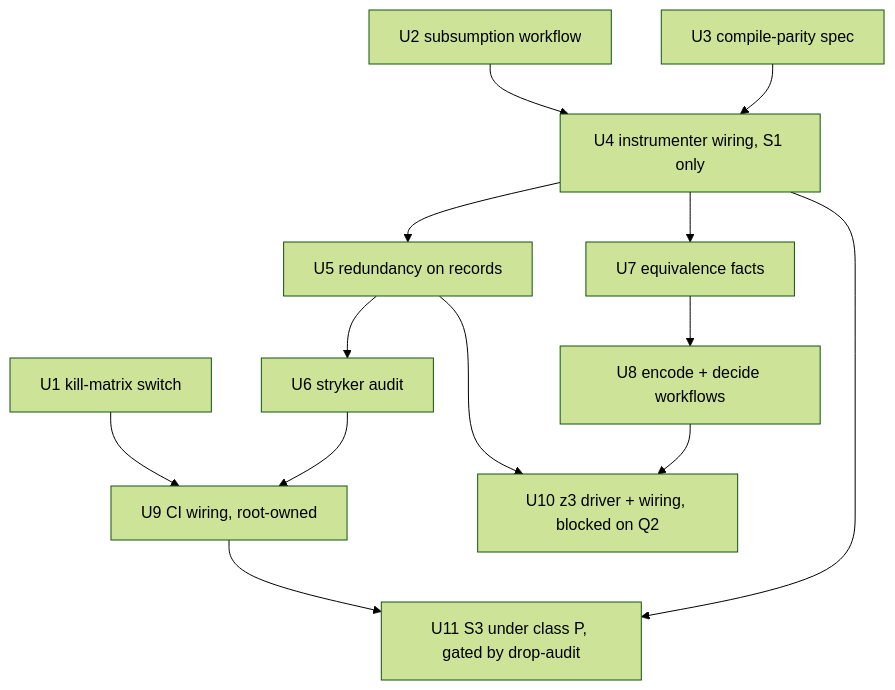
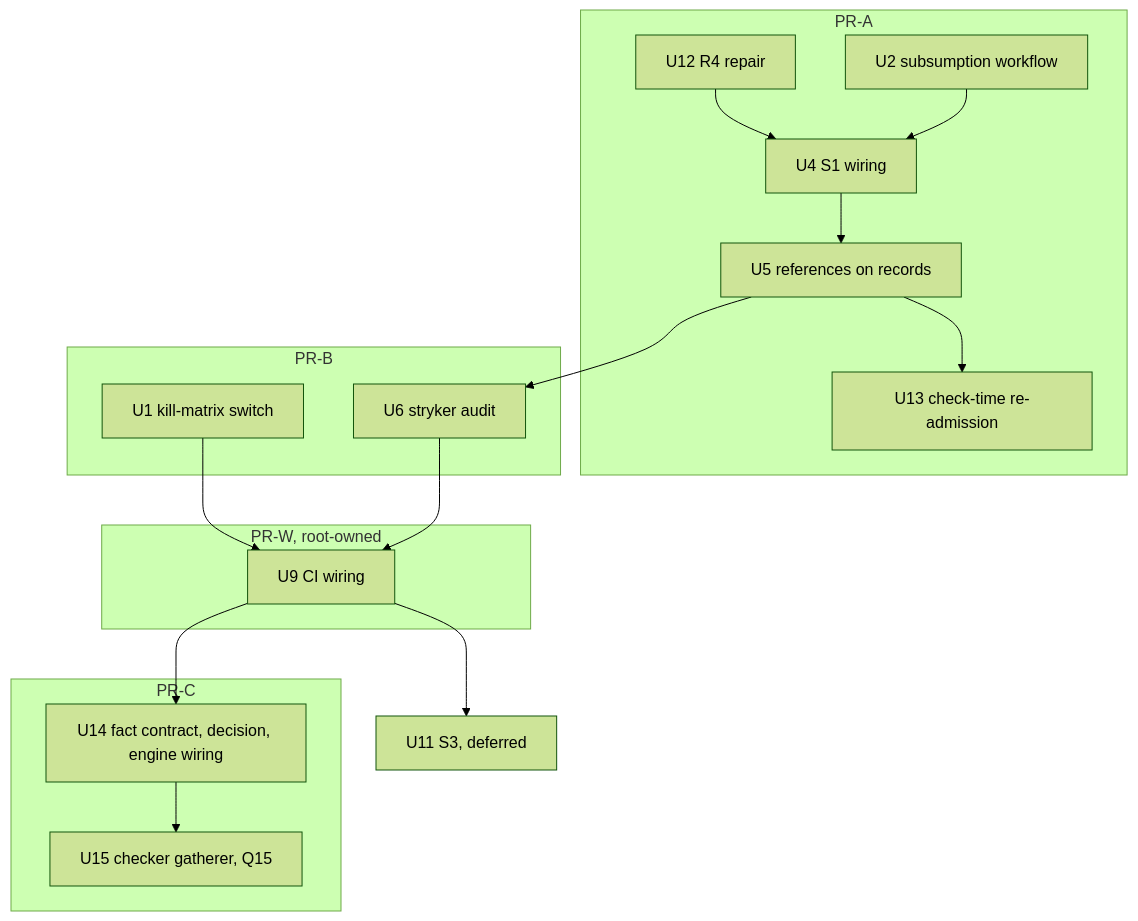
The third of 3 diagrams in docs/plans/2026-10-09-2024-feat-mutant-subsumption-plan.md (systemfsoftware/stryker-js-effect), drawn with Mermaid (forest theme) before and after one commit. The commit also changed other lines of this file, not shown here.

````diff
--- a/docs/plans/2026-10-09-2024-feat-mutant-subsumption-plan.md
+++ b/docs/plans/2026-10-09-2024-feat-mutant-subsumption-plan.md
@@ -365,15 +411,26 @@
 ```mermaid
 flowchart TB
-  U1[U1 kill-matrix switch] --> U9
-  U2[U2 subsumption workflow] --> U4
-  U3[U3 compile-parity spec] --> U4
-  U4[U4 instrumenter wiring, S1 only] --> U5[U5 redundancy on records]
-  U5 --> U6[U6 stryker audit]
-  U4 --> U7[U7 equivalence facts]
-  U7 --> U8[U8 encode + decide workflows]
-  U6 --> U9[U9 CI wiring, root-owned]
-  U8 --> U10[U10 z3 driver + wiring, blocked on Q2]
-  U5 --> U10
-  U9 --> U11[U11 S3 under class P, gated by drop-audit]
-  U4 --> U11
+  subgraph A [PR-A]
+    U12[U12 R4 repair] --> U4[U4 S1 wiring]
+    U2[U2 subsumption workflow] --> U4
+    U4 --> U5[U5 references on records]
+    U5 --> U13[U13 check-time re-admission]
+  end
+  subgraph B [PR-B]
+    U1[U1 kill-matrix switch]
+    U6[U6 stryker audit]
+  end
+  subgraph W [PR-W, root-owned]
+    U9[U9 CI wiring]
+  end
+  subgraph C [PR-C]
+    U14[U14 fact contract, decision, engine wiring]
+    U15[U15 checker gatherer, Q15]
+  end
+  U5 --> U6
+  U1 --> U9
+  U6 --> U9
+  U9 --> U14
+  U14 --> U15
+  U9 --> U11[U11 S3, deferred]
 ```
````
